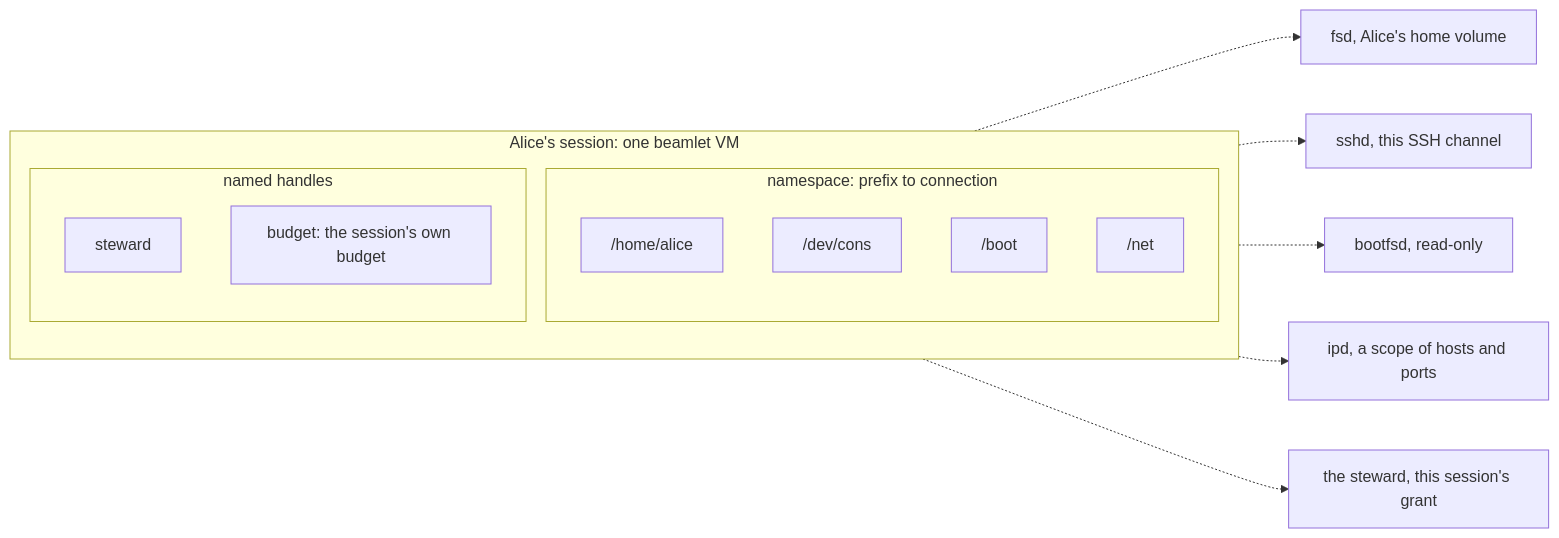
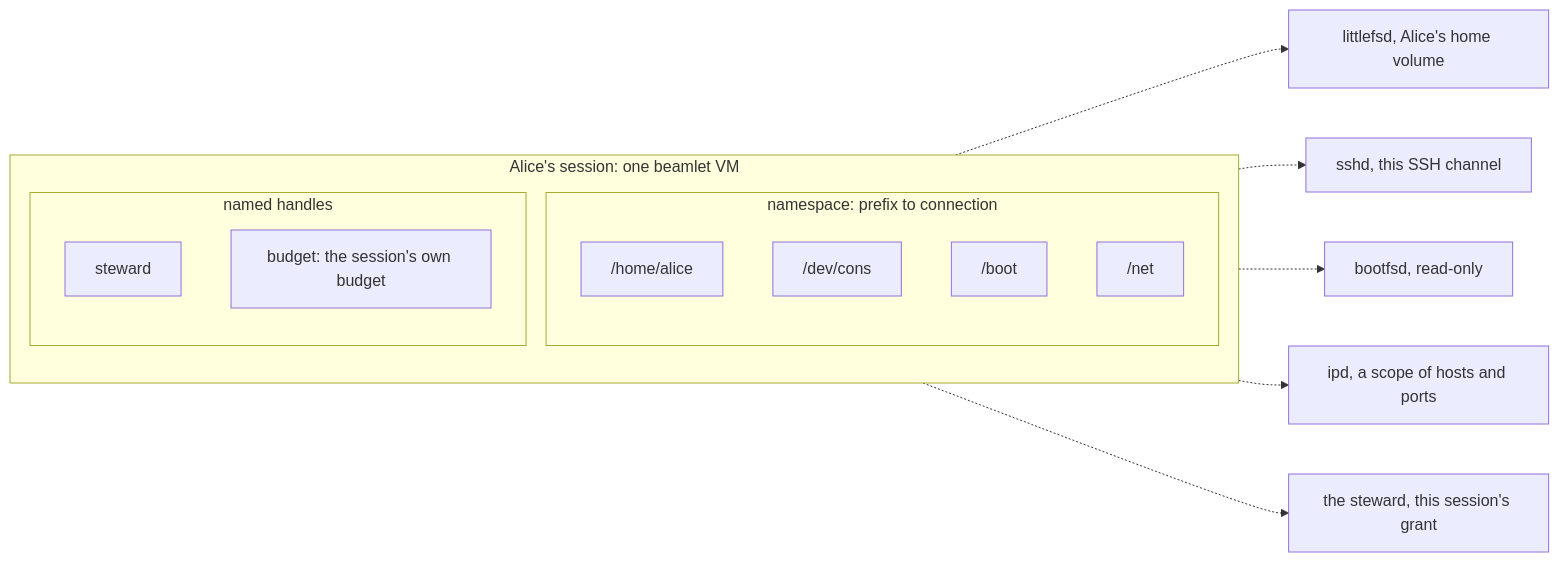
One commit to sirmick/redoubt changed the diagram in docs/userland/sessions.md. Above: the diagram before and after it, drawn with Mermaid. The commit also changed other lines of this file and 25 other files, not shown here.

````diff
--- a/docs/userland/sessions.md
+++ b/docs/userland/sessions.md
@@ -139,21 +139,21 @@
 ```mermaid
 flowchart LR
     subgraph S["Alice's session: one beamlet VM"]
         direction TB
         subgraph NS["namespace: prefix to connection"]
             h["/home/alice"]
             c["/dev/cons"]
             b["/boot"]
             n["/net"]
         end
         subgraph NH["named handles"]
             st["steward"]
             bu["budget: the session's own budget"]
         end
     end
-    h -.-> FS["fsd, Alice's home volume"]
+    h -.-> FS["littlefsd, Alice's home volume"]
     c -.-> SH["sshd, this SSH channel"]
     b -.-> BF["bootfsd, read-only"]
     n -.-> IP["ipd, a scope of hosts and ports"]
     st -.-> ST["the steward, this session's grant"]
 ```
````
